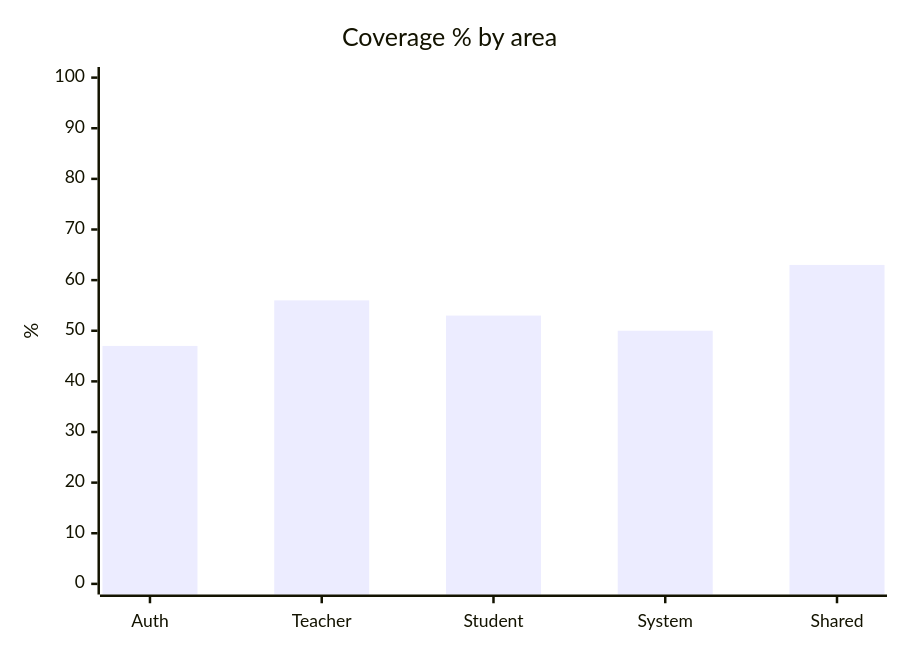
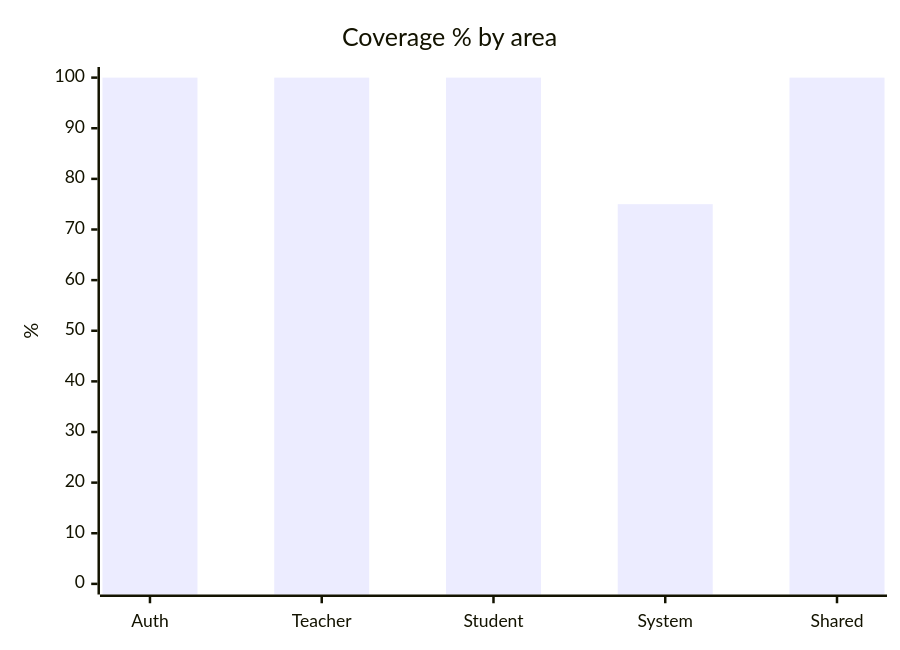
Before and after one commit to pauljor/zephyr-automation: the third of 4 diagrams in automation_coverage_report.md, drawn with Mermaid. The commit also changed other lines of this file, not shown here.

````diff
--- a/automation_coverage_report.md
+++ b/automation_coverage_report.md
@@ -56,7 +56,7 @@
 ```mermaid
 xychart-beta
     title "Coverage % by area"
     x-axis [Auth, Teacher, Student, System, Shared]
     y-axis "%" 0 --> 100
-    bar [47, 56, 53, 50, 63]
+    bar [100, 100, 100, 75, 100]
 ```
````
